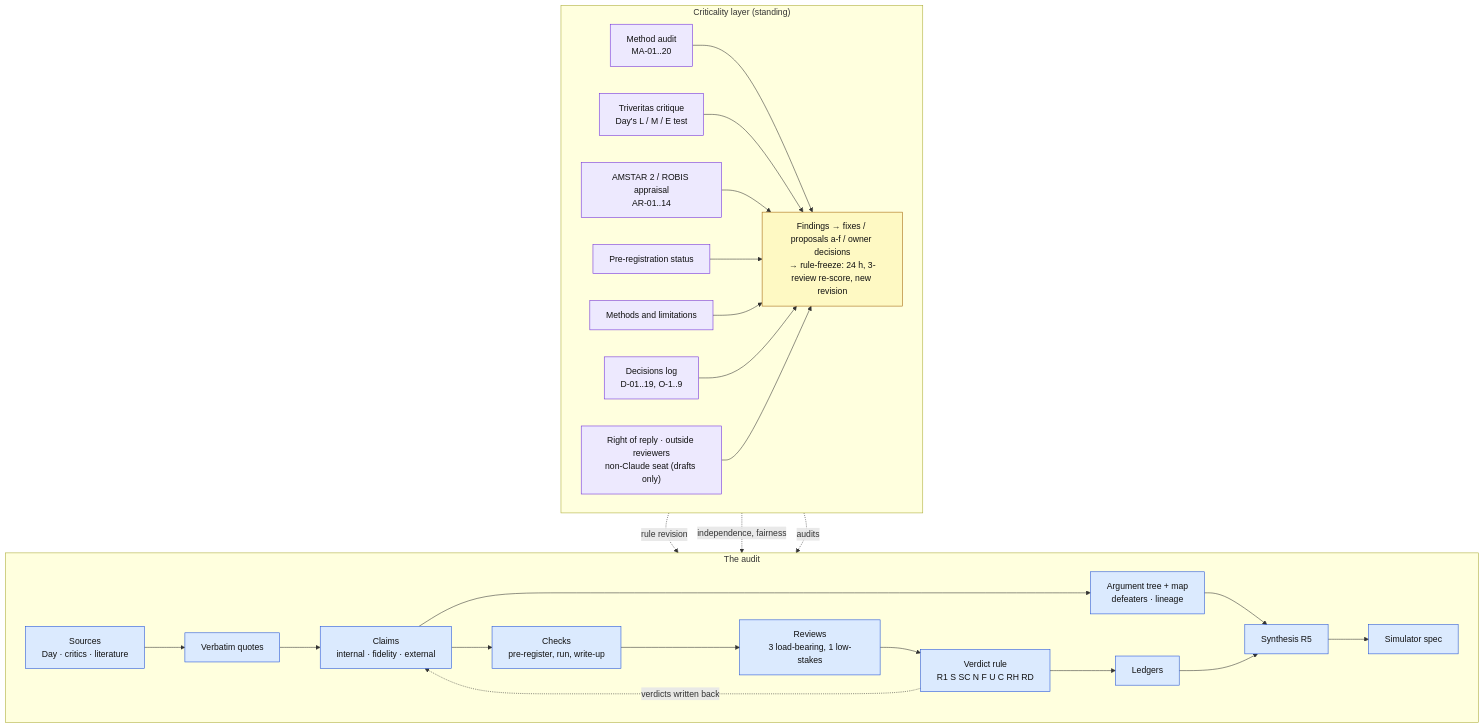
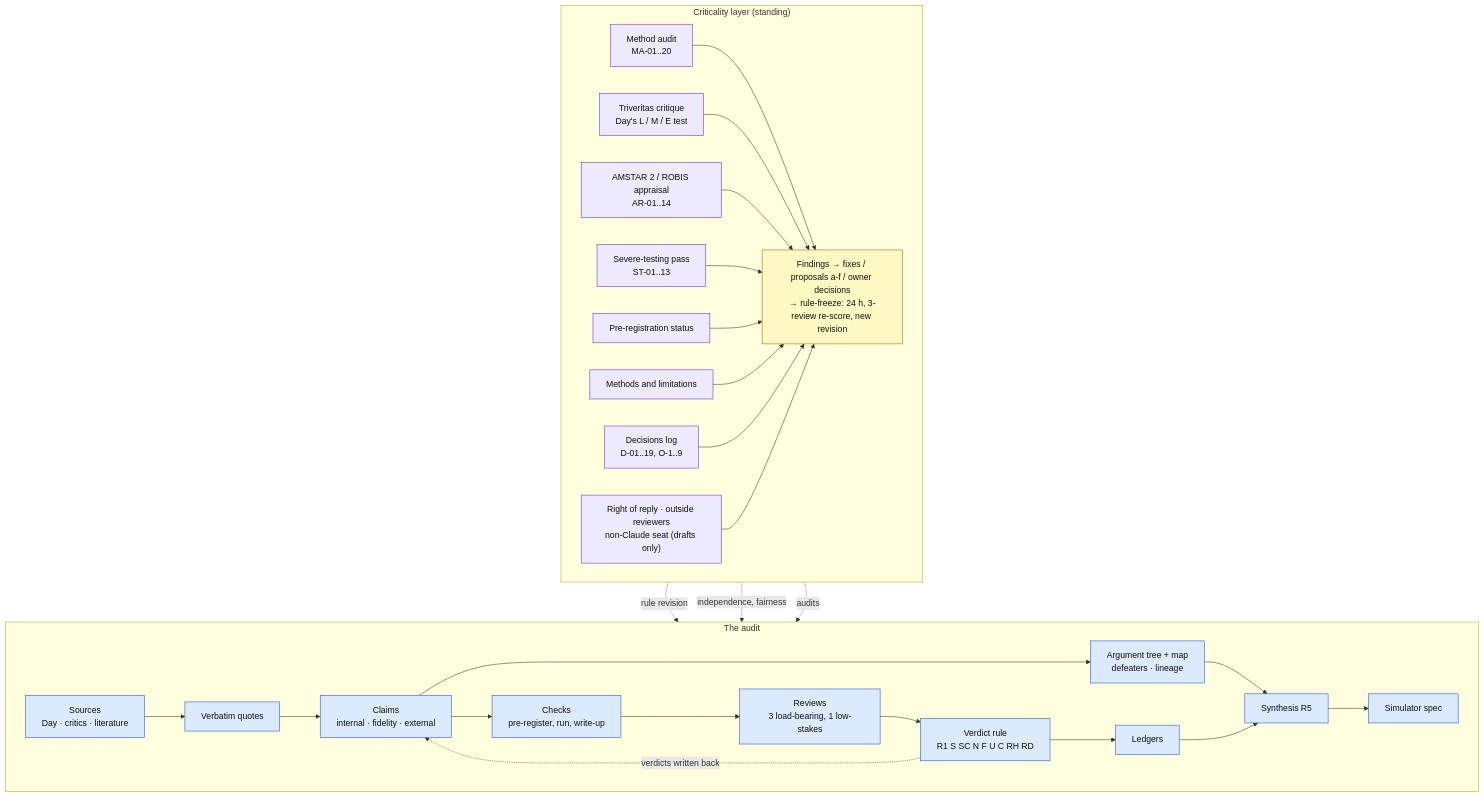
The diagram in docs/research/criticality/README.md (nickallevato/evo-sim), drawn with Mermaid before and after one commit. The commit also changed other lines of this file and 6 other files, not shown here.

````diff
--- a/docs/research/criticality/README.md
+++ b/docs/research/criticality/README.md
@@ -13,31 +13,32 @@
 ```mermaid
 flowchart TB
   subgraph CORE["The audit"]
     direction LR
     SRC["Sources<br/>Day · critics · literature"] --> Q["Verbatim quotes"] --> CL["Claims<br/>internal · fidelity · external"] --> MAP["Argument tree + map<br/>defeaters · lineage"] --> R5["Synthesis R5"] --> SIM["Simulator spec"]
     CL --> CH["Checks<br/>pre-register, run, write-up"] --> RV["Reviews<br/>3 load-bearing, 1 low-stakes"] --> VR["Verdict rule<br/>R1 S SC N F U C RH RD"] --> LG["Ledgers"] --> R5
     VR -. "verdicts written back" .-> CL
   end
   subgraph CRIT["Criticality layer (standing)"]
     direction LR
     MA["Method audit<br/>MA-01..20"]
     TV["Triveritas critique<br/>Day's L / M / E test"]
     AR["AMSTAR 2 / ROBIS appraisal<br/>AR-01..14"]
+    ST["Severe-testing pass<br/>ST-01..13"]
     PR["Pre-registration status"]
     ML["Methods and limitations"]
     DL["Decisions log<br/>D-01..19, O-1..9"]
     OUT["Right of reply · outside reviewers<br/>non-Claude seat (drafts only)"]
     FB["Findings → fixes / proposals a-f / owner decisions<br/>→ rule-freeze: 24 h, 3-review re-score, new revision"]
-    MA & TV & AR & PR & ML & DL & OUT --> FB
+    MA & TV & AR & ST & PR & ML & DL & OUT --> FB
   end
   CRIT -. "audits" .-> CORE
   FB -. "rule revision" .-> VR
   FB -. "independence, fairness" .-> RV
 
   classDef core fill:#dbeafe,stroke:#1d4ed8,color:#111
   classDef crit fill:#ede9fe,stroke:#6d28d9,color:#111
   classDef fb fill:#fef9c3,stroke:#a16207,color:#111
   class SRC,Q,CL,MAP,R5,SIM,CH,RV,VR,LG core
-  class MA,TV,AR,PR,ML,DL,OUT crit
+  class MA,TV,AR,ST,PR,ML,DL,OUT crit
   class FB fb
 ```
````
